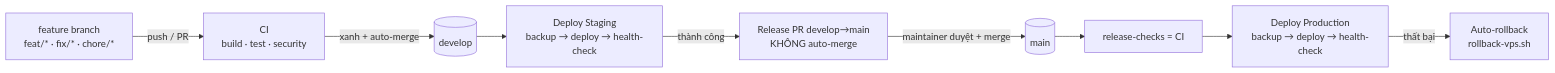
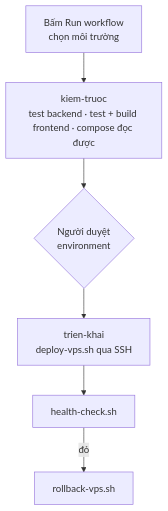
The diagram in docs/devops/PIPELINE_AND_DEPLOY.md (Anpham120/restaurant-qr-ai-ordering-mobile), drawn with Mermaid before and after one commit. The commit also changed other lines of this file and 23 other files, not shown here.

````diff
--- a/docs/devops/PIPELINE_AND_DEPLOY.md
+++ b/docs/devops/PIPELINE_AND_DEPLOY.md
@@ -66,11 +91,8 @@
 ```mermaid
-flowchart LR
-  dev[feature branch<br/>feat/* · fix/* · chore/*] -->|push / PR| ci[CI<br/>build · test · security]
-  ci -->|xanh + auto-merge| develop[(develop)]
-  develop --> stg[Deploy Staging<br/>backup → deploy → health-check]
-  stg -->|thành công| relpr[Release PR develop→main<br/>KHÔNG auto-merge]
-  relpr -->|maintainer duyệt + merge| main[(main)]
-  main --> prodcks[release-checks = CI]
-  prodcks --> prod[Deploy Production<br/>backup → deploy → health-check]
-  prod -->|thất bại| rb[Auto-rollback<br/>rollback-vps.sh]
+flowchart TB
+  D["Bấm Run workflow<br/>chọn môi trường"] --> K["kiem-truoc<br/>test backend · test + build frontend · compose đọc được"]
+  K --> P{"Người duyệt<br/>environment"}
+  P --> T["trien-khai<br/>deploy-vps.sh qua SSH"]
+  T --> H["health-check.sh"]
+  H -->|đỏ| R["rollback-vps.sh"]
 ```
````
